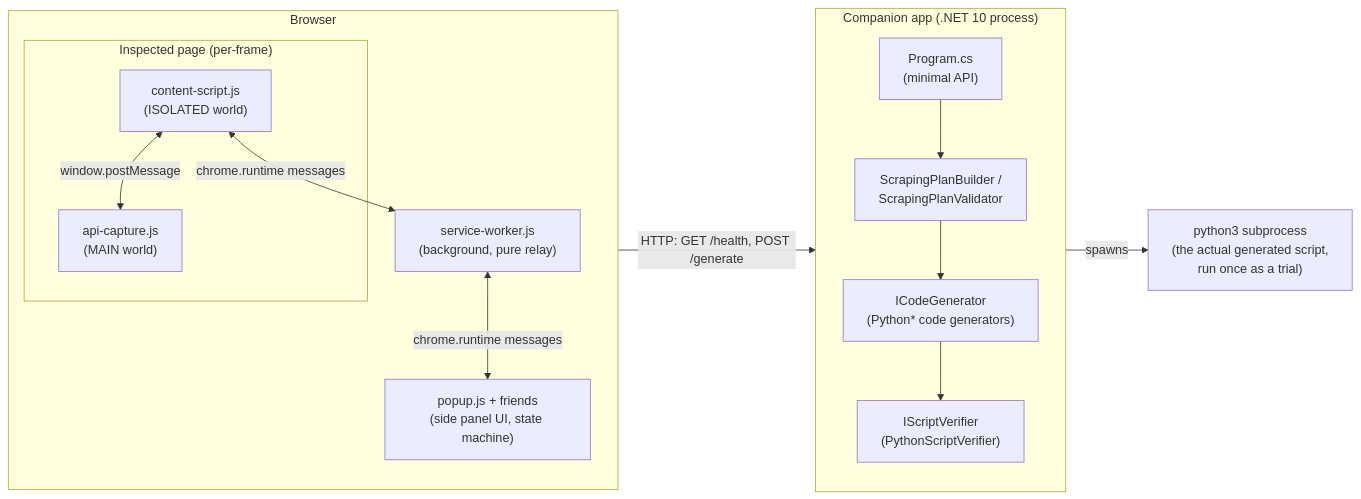
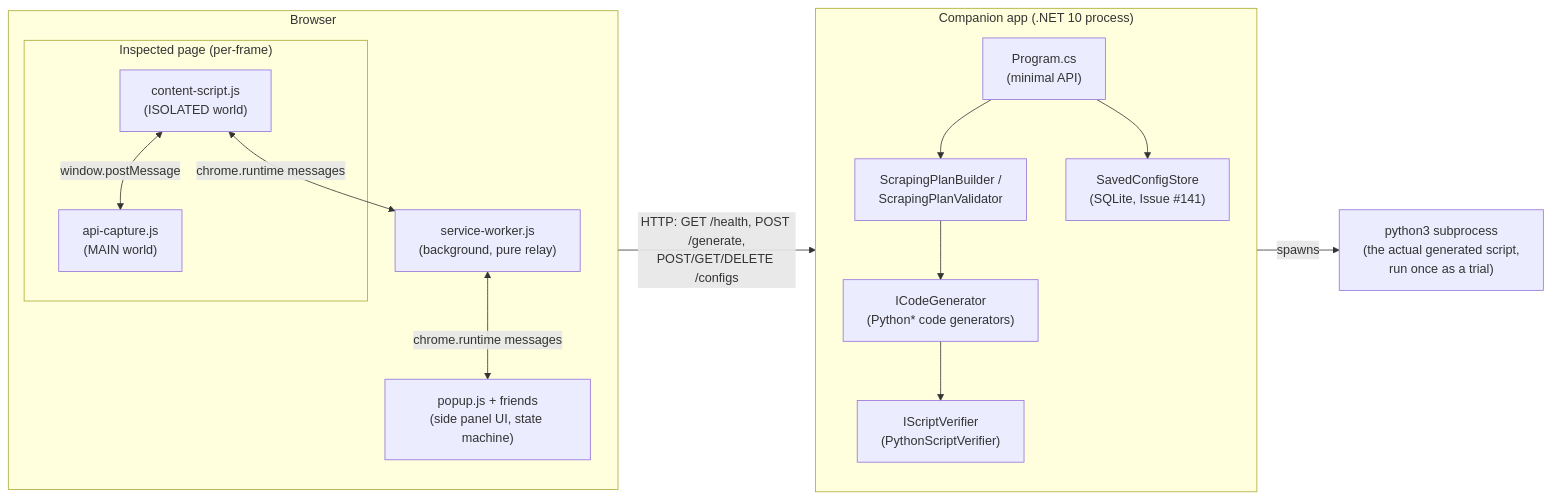
Before and after one commit to Aventinis/Scraping-Factory: the first of 7 diagrams in docs/ARCHITECTURE.md, drawn with Mermaid. The commit also changed other lines of this file and 1 other file, not shown here.

First line of the commit message:
docs(config-history): document Issue #141 in CLAUDE.md and ARCHITECTURE.md

````diff
--- a/docs/ARCHITECTURE.md
+++ b/docs/ARCHITECTURE.md
@@ -33,25 +33,27 @@
 ```mermaid
 flowchart LR
     subgraph Browser["Browser"]
         direction TB
         subgraph Page["Inspected page (per-frame)"]
             CS["content-script.js\n(ISOLATED world)"]
             AC["api-capture.js\n(MAIN world)"]
             CS <-- window.postMessage --> AC
         end
         SW["service-worker.js\n(background, pure relay)"]
         SP["popup.js + friends\n(side panel UI, state machine)"]
         CS <-- chrome.runtime messages --> SW
         SW <-- chrome.runtime messages --> SP
     end
-    SP -- "HTTP: GET /health, POST /generate" --> Companion
+    SP -- "HTTP: GET /health, POST /generate,\nPOST/GET/DELETE /configs" --> Companion
     subgraph Companion["Companion app (.NET 10 process)"]
         direction TB
         Program["Program.cs\n(minimal API)"]
         Plan["ScrapingPlanBuilder /\nScrapingPlanValidator"]
         Gen["ICodeGenerator\n(Python* code generators)"]
         Ver["IScriptVerifier\n(PythonScriptVerifier)"]
+        Store["SavedConfigStore\n(SQLite, Issue #141)"]
         Program --> Plan --> Gen --> Ver
+        Program --> Store
     end
     Ver -- "spawns" --> PySub["python3 subprocess\n(the actual generated script,\nrun once as a trial)"]
 ```
````
